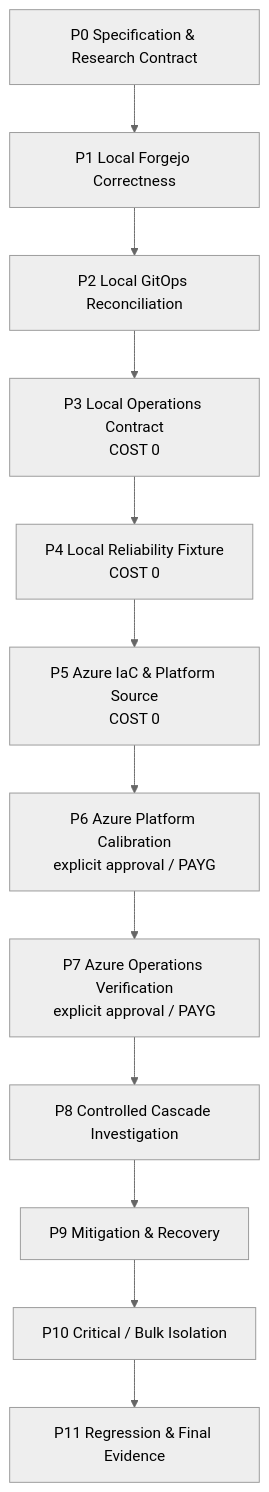
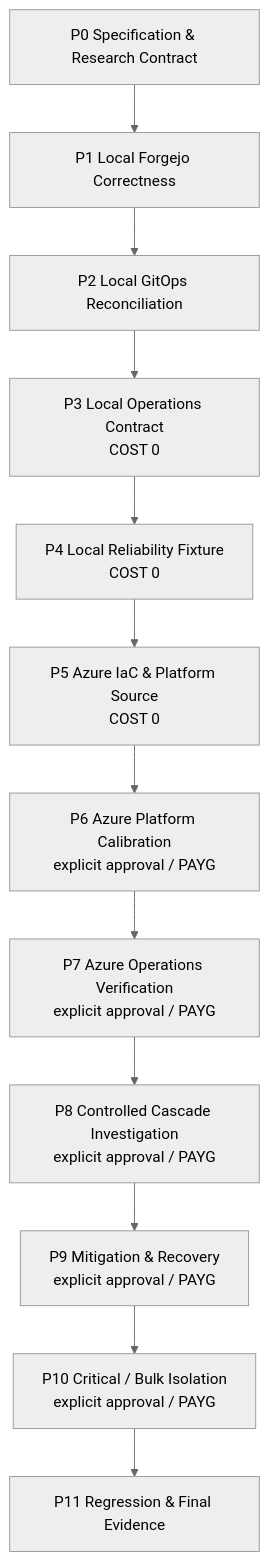
One commit to imcherry5778-labs/github-capacity-cascade-platform changed the diagram in docs/roadmap.md. Above: the diagram before and after it, drawn with Mermaid (neutral theme). The commit also changed other lines of this file, not shown here.

Commit message:
docs(roadmap): paid experiment gate 명시

````diff
--- a/docs/roadmap.md
+++ b/docs/roadmap.md
@@ -15,17 +15,17 @@
 ```mermaid
 flowchart TD
     P0["P0 Specification & Research Contract"]
     P1["P1 Local Forgejo Correctness"]
     P2["P2 Local GitOps Reconciliation"]
     P3["P3 Local Operations Contract\nCOST 0"]
     P4["P4 Local Reliability Fixture\nCOST 0"]
     P5["P5 Azure IaC & Platform Source\nCOST 0"]
     P6["P6 Azure Platform Calibration\nexplicit approval / PAYG"]
     P7["P7 Azure Operations Verification\nexplicit approval / PAYG"]
-    P8["P8 Controlled Cascade Investigation"]
-    P9["P9 Mitigation & Recovery"]
-    P10["P10 Critical / Bulk Isolation"]
+    P8["P8 Controlled Cascade Investigation\nexplicit approval / PAYG"]
+    P9["P9 Mitigation & Recovery\nexplicit approval / PAYG"]
+    P10["P10 Critical / Bulk Isolation\nexplicit approval / PAYG"]
     P11["P11 Regression & Final Evidence"]
 
     P0 --> P1 --> P2 --> P3 --> P4 --> P5 --> P6 --> P7 --> P8 --> P9 --> P10 --> P11
 ```
````
